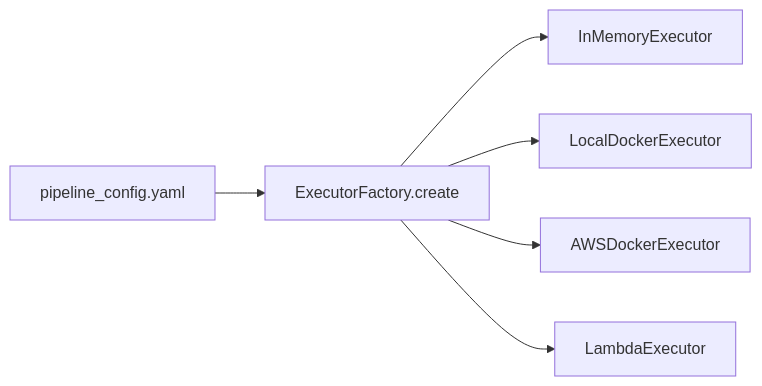
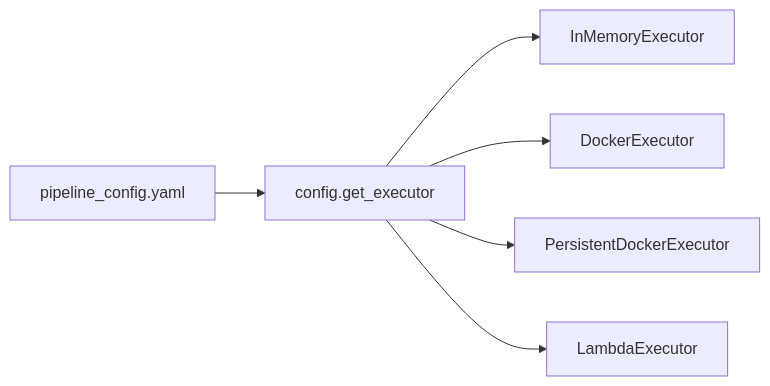
The eighth of 9 diagrams in fn_graph/examples/solution/02_executor.md (ganeshhgupta/fn_graph), drawn with Mermaid before and after one commit. The commit also changed other lines of this file and 6 other files, not shown here.

First line of the commit message:
docs: update all solution MD files for PersistentDockerExecutor and deploy/ refactor

````diff
--- a/fn_graph/examples/solution/02_executor.md
+++ b/fn_graph/examples/solution/02_executor.md
@@ -172,8 +199,8 @@
 ```mermaid
 flowchart LR
-    A[pipeline_config.yaml] --> B[ExecutorFactory.create]
+    A[pipeline_config.yaml] --> B[config.get_executor]
     B --> C[InMemoryExecutor]
-    B --> D[LocalDockerExecutor]
-    B --> E[AWSDockerExecutor]
+    B --> D[DockerExecutor]
+    B --> E[PersistentDockerExecutor]
     B --> F[LambdaExecutor]
 ```
````
